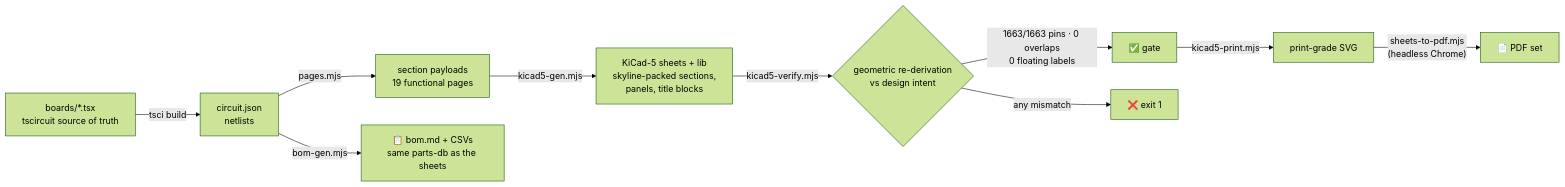
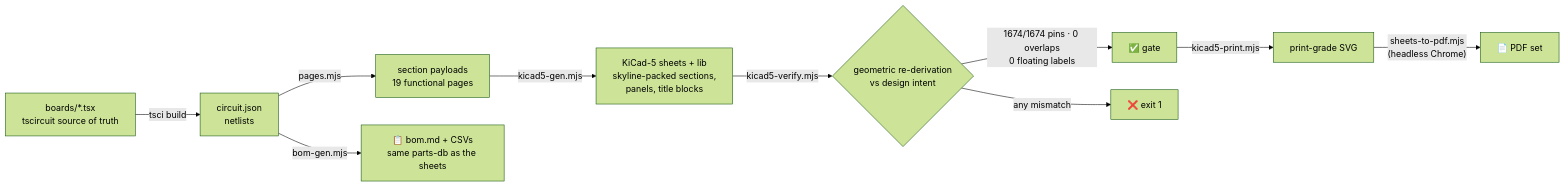
Before and after one commit to vectivolt/Traction-Inverter-GEN-1: the eighth of 9 diagrams in README.md, drawn with Mermaid (forest theme). The commit also changed other lines of this file and 25 other files, not shown here.

````diff
--- a/README.md
+++ b/README.md
@@ -432,12 +432,12 @@
 ```mermaid
 flowchart LR
   TSX["boards/*.tsx<br/>tscircuit source of truth"] -->|tsci build| CJ["circuit.json<br/>netlists"]
   CJ -->|pages.mjs| PG["section payloads<br/>19 functional pages"]
   PG -->|kicad5-gen.mjs| SCH["KiCad-5 sheets + lib<br/>skyline-packed sections,<br/>panels, title blocks"]
   SCH -->|kicad5-verify.mjs| V{"geometric re-derivation<br/>vs design intent"}
-  V -->|"1663/1663 pins · 0 overlaps<br/>0 floating labels"| OK["✅ gate"]
+  V -->|"1674/1674 pins · 0 overlaps<br/>0 floating labels"| OK["✅ gate"]
   V -->|any mismatch| FAIL["❌ exit 1"]
   OK -->|kicad5-print.mjs| SVG["print-grade SVG"]
   SVG -->|"sheets-to-pdf.mjs<br/>(headless Chrome)"| PDF["📄 PDF set"]
   CJ -->|bom-gen.mjs| BOM["📋 bom.md + CSVs<br/>same parts-db as the sheets"]
 ```
````
